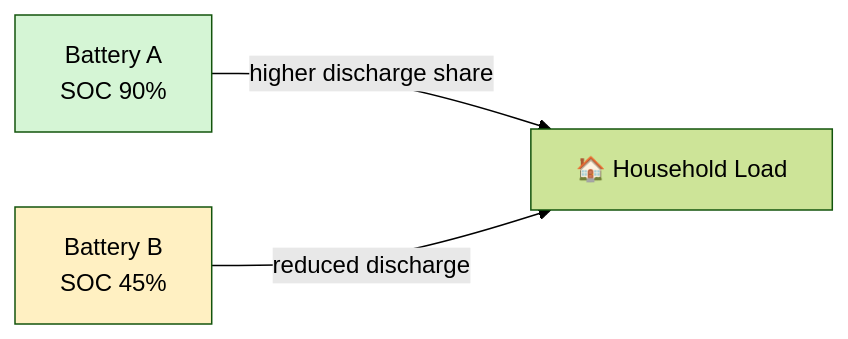
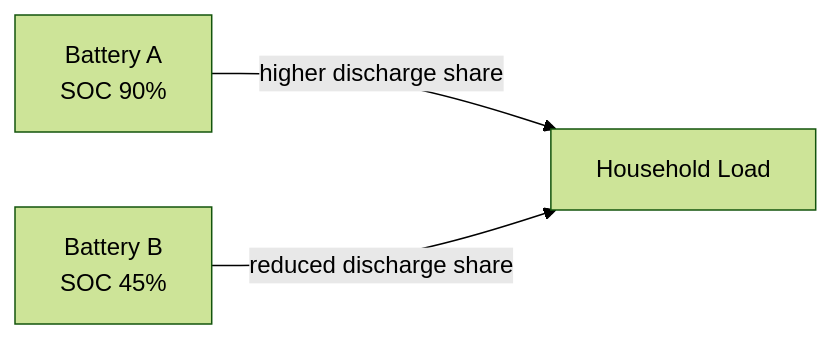
The fourth of 6 diagrams in README.md (basecubedev/ems-solarflow-api-control), drawn with Mermaid (forest theme) before and after one commit. The commit also changed other lines of this file and 3 other files, not shown here.

````diff
--- a/README.md
+++ b/README.md
@@ -213,14 +906,11 @@
 ```mermaid
 flowchart LR
 
     A["Battery A\nSOC 90%"]
     B["Battery B\nSOC 45%"]
 
-    HOME["🏠 Household Load"]
+    HOME["Household Load"]
 
     A -->|higher discharge share| HOME
-    B -->|reduced discharge| HOME
-
-    style A fill:#d5f5d5
-    style B fill:#fff0c2
+    B -->|reduced discharge share| HOME
 ```
````
